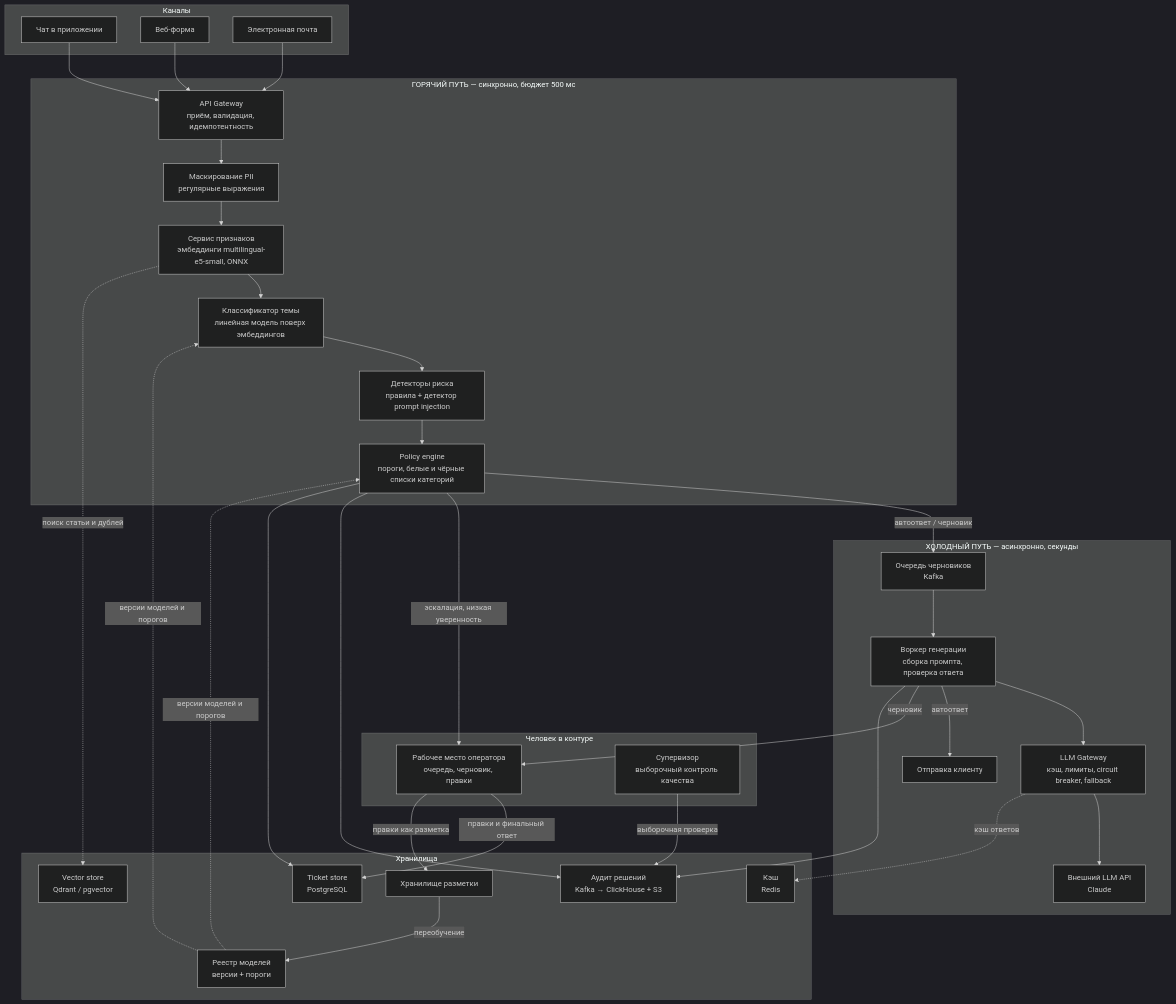
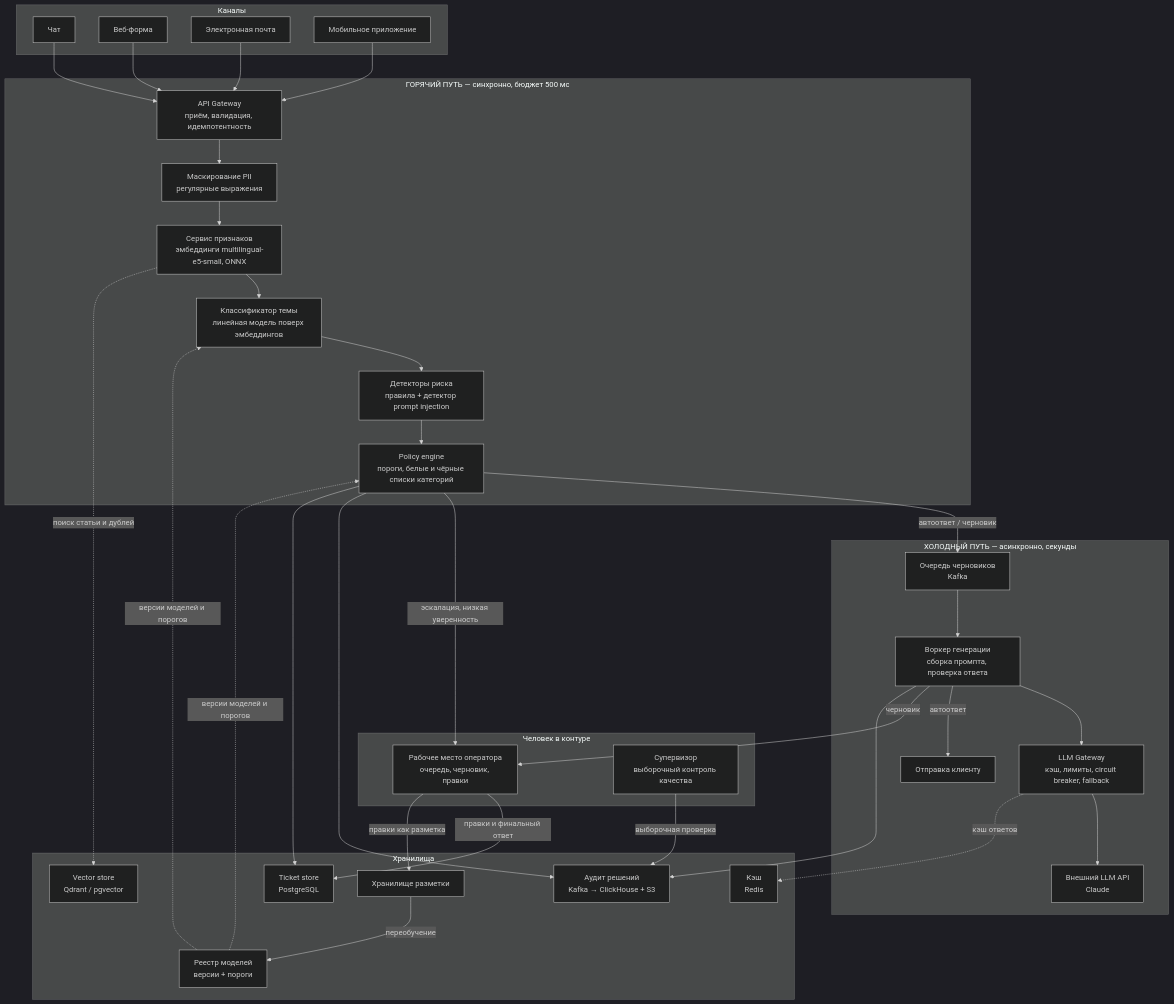
The first of 2 diagrams in docs/architecture.md (aloehomme/System-Design), drawn with Mermaid (dark theme) before and after one commit. The commit also changed other lines of this file and 7 other files, not shown here.

````diff
--- a/docs/architecture.md
+++ b/docs/architecture.md
@@ -29,56 +29,57 @@
 ```mermaid
 graph TB
     subgraph CH["Каналы"]
-        C1["Чат в приложении"]
+        C1["Чат"]
         C2["Веб-форма"]
         C3["Электронная почта"]
+        C4["Мобильное приложение"]
     end
 
     subgraph HOT["ГОРЯЧИЙ ПУТЬ — синхронно, бюджет 500 мс"]
         GW["API Gateway<br/>приём, валидация, идемпотентность"]
         PII["Маскирование PII<br/>регулярные выражения"]
         EMB["Сервис признаков<br/>эмбеддинги multilingual-e5-small, ONNX"]
         CLF["Классификатор темы<br/>линейная модель поверх эмбеддингов"]
         RISK["Детекторы риска<br/>правила + детектор prompt injection"]
         POL["Policy engine<br/>пороги, белые и чёрные списки категорий"]
     end
 
     subgraph ASYNC["ХОЛОДНЫЙ ПУТЬ — асинхронно, секунды"]
         Q["Очередь черновиков<br/>Kafka"]
         GEN["Воркер генерации<br/>сборка промпта, проверка ответа"]
         LLMGW["LLM Gateway<br/>кэш, лимиты, circuit breaker, fallback"]
         LLM["Внешний LLM API<br/>Claude"]
         SEND["Отправка клиенту"]
     end
 
     subgraph HUMAN["Человек в контуре"]
         OP["Рабочее место оператора<br/>очередь, черновик, правки"]
         SUP["Супервизор<br/>выборочный контроль качества"]
     end
 
     subgraph ST["Хранилища"]
         DB["Ticket store<br/>PostgreSQL"]
         VDB["Vector store<br/>Qdrant / pgvector"]
         AUD["Аудит решений<br/>Kafka → ClickHouse + S3"]
         CACHE["Кэш<br/>Redis"]
         LBL["Хранилище разметки"]
         REG["Реестр моделей<br/>версии + пороги"]
     end
 
-    C1 & C2 & C3 --> GW --> PII --> EMB --> CLF --> RISK --> POL
+    C1 & C2 & C3 & C4 --> GW --> PII --> EMB --> CLF --> RISK --> POL
     POL -->|"автоответ / черновик"| Q
     POL -->|"эскалация, низкая уверенность"| OP
     POL --> AUD
     POL --> DB
     EMB -.->|"поиск статьи и дублей"| VDB
     Q --> GEN --> LLMGW --> LLM
     LLMGW -.->|"кэш ответов"| CACHE
     GEN -->|"автоответ"| SEND
     GEN -->|"черновик"| OP
     GEN --> AUD
     OP -->|"правки и финальный ответ"| DB
     OP -->|"правки как разметка"| LBL
     SUP -->|"выборочная проверка"| AUD
     LBL -->|"переобучение"| REG
     REG -.->|"версии моделей и порогов"| CLF & POL
 ```
````
